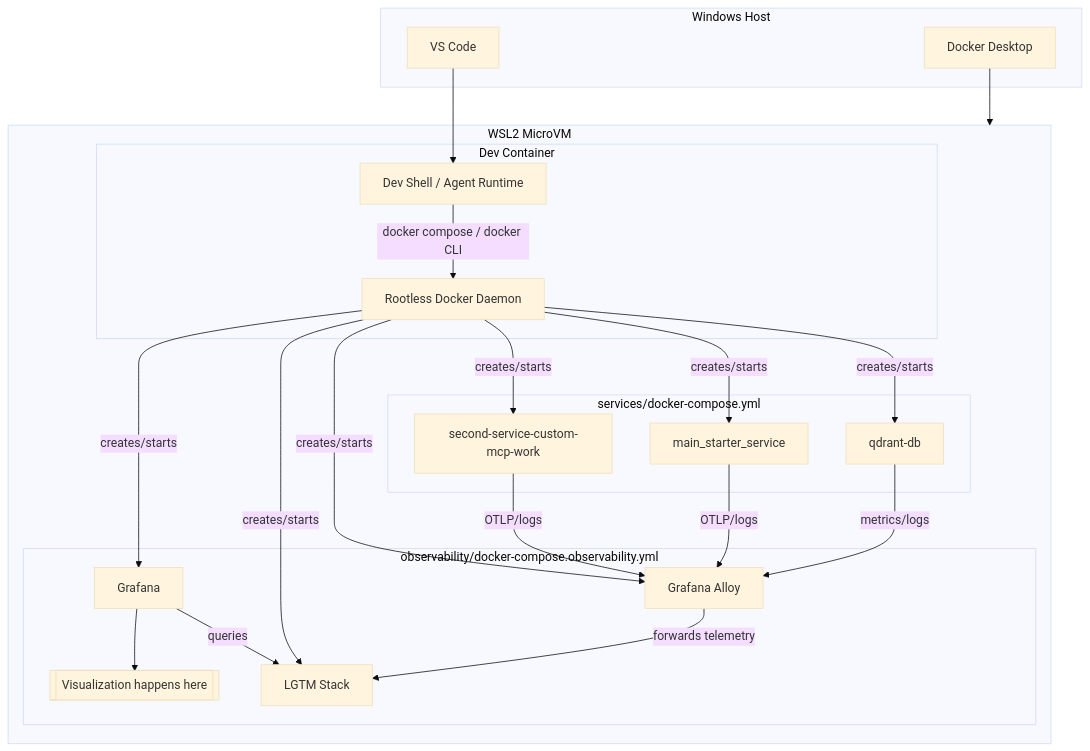
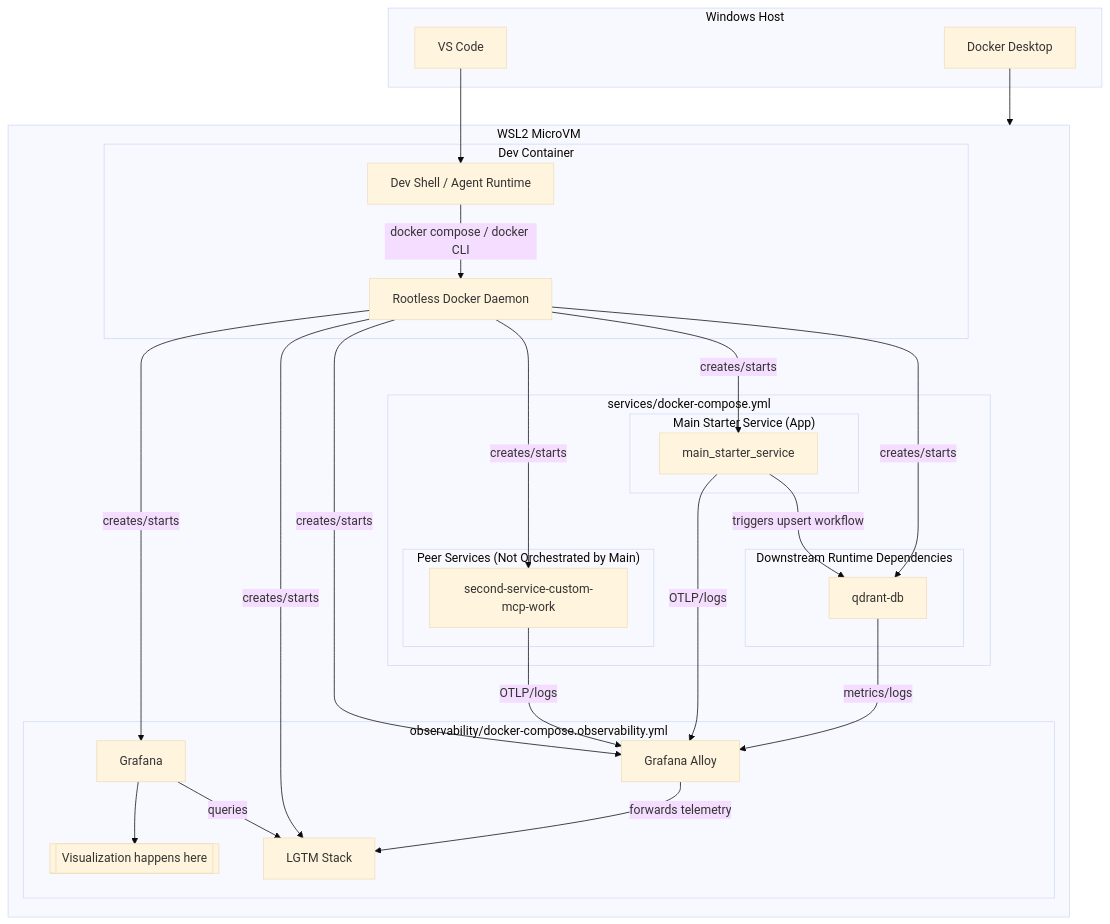
One commit to UtpalMattoo/dcker_mcp_setup changed the second of 3 diagrams in README.md. Above: the diagram before and after it, drawn with Mermaid (base theme). The commit also changed other lines of this file, not shown here.

Commit message:
Clarify runtime hierarchy and App label in README diagrams
- Show main_starter_service as orchestrator in detailed runtime view
- Move second-service-custom-mcp-work to peer-services group
- Add explicit Main -> Qdrant workflow edge
- Rename sequence participant to Main Starter Service (App)

````diff
--- a/README.md
+++ b/README.md
@@ -124,43 +124,50 @@
 ```mermaid
 graph TD
 	subgraph Host[Windows Host]
 		VSCode[VS Code]
 		DockerDesktop[Docker Desktop]
 	end
 
 	subgraph WSL2[WSL2 MicroVM]
 		subgraph DevContainer[Dev Container]
 			Shell[Dev Shell / Agent Runtime]
 			InnerDocker[Rootless Docker Daemon]
 		end
 
 		subgraph Services[services/docker-compose.yml]
-			Qdrant[qdrant-db]
-			Main[main_starter_service]
-			Second[second-service-custom-mcp-work]
+			subgraph Orchestrator["Main Starter Service (App)"]
+				Main[main_starter_service]
+			end
+			subgraph Dependencies["Downstream Runtime Dependencies"]
+				Qdrant[qdrant-db]
+			end
+			subgraph PeerServices["Peer Services (Not Orchestrated by Main)"]
+				Second[second-service-custom-mcp-work]
+			end
 		end
 
 		subgraph Observability[observability/docker-compose.observability.yml]
 			Alloy[Grafana Alloy]
 			LGTM[LGTM Stack]
 			Grafana[Grafana]
 			VizMarker[[Visualization happens here]]
 		end
 	end
 
 	VSCode --> Shell
 	DockerDesktop --> WSL2
 	Shell -- docker compose / docker CLI --> InnerDocker
 	InnerDocker -- creates/starts --> Qdrant
 	InnerDocker -- creates/starts --> Main
 	InnerDocker -- creates/starts --> Second
 	InnerDocker -- creates/starts --> Alloy
 	InnerDocker -- creates/starts --> LGTM
 	InnerDocker -- creates/starts --> Grafana
+	Main -- triggers upsert workflow --> Qdrant
 	Main -- OTLP/logs --> Alloy
 	Second -- OTLP/logs --> Alloy
 	Qdrant -- metrics/logs --> Alloy
 	Alloy -- forwards telemetry --> LGTM
 	Grafana -- queries --> LGTM
 	Grafana --> VizMarker
 ```
````
